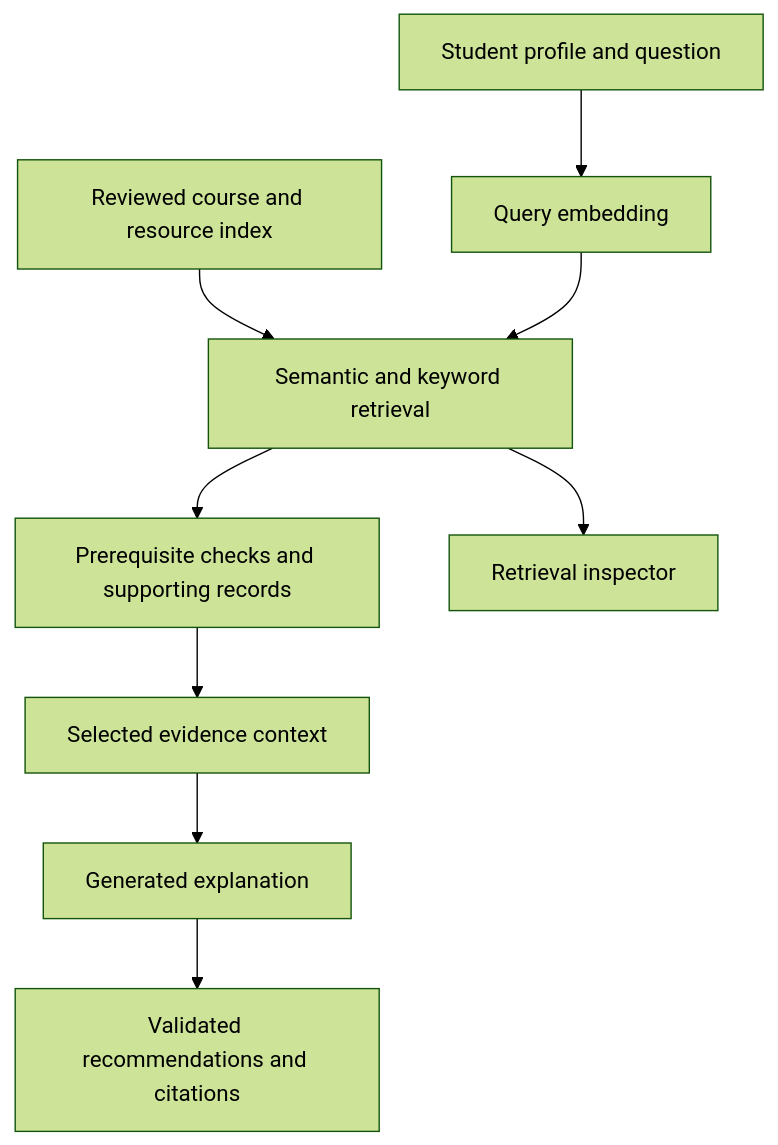
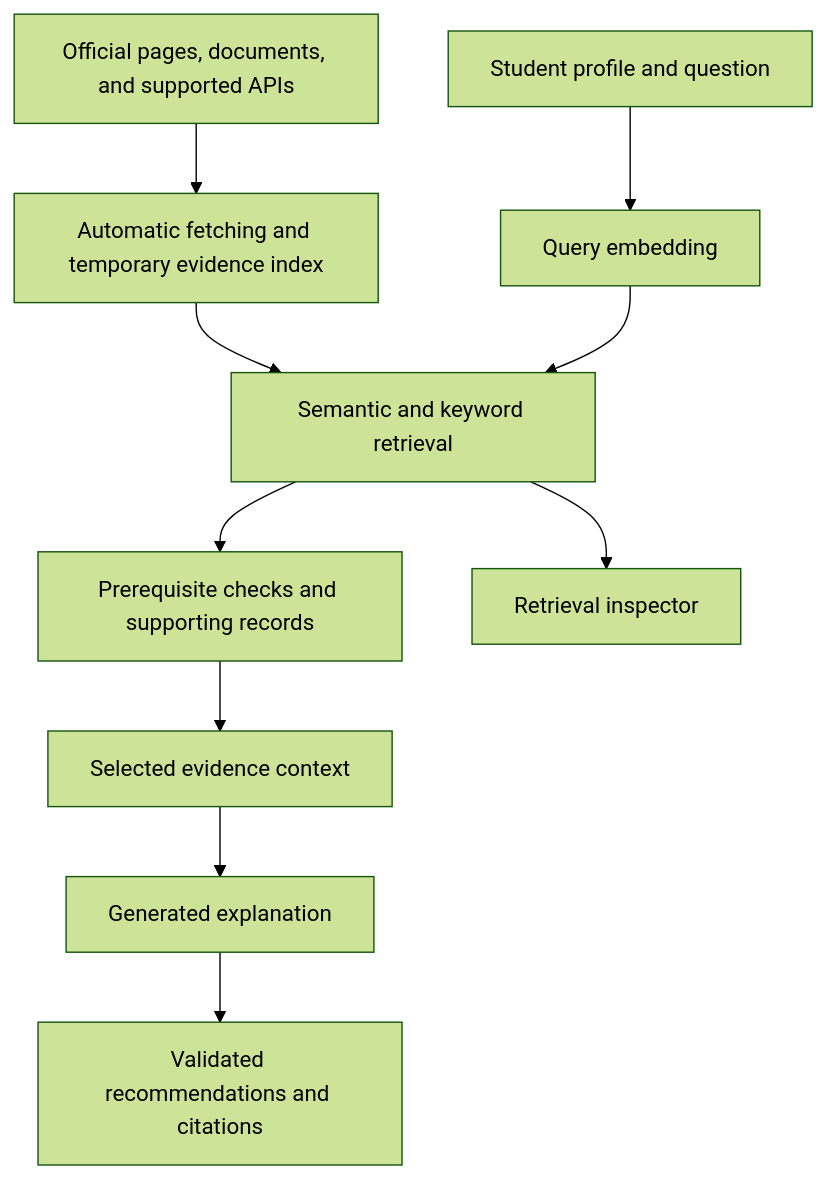
Before and after one commit to JSM-Shinkiro/ai-degree-planner: the diagram in docs/01_RAG_DESIGN.md, drawn with Mermaid (forest theme). The commit also changed other lines of this file and 7 other files, not shown here.

Commit message:
Require automatic source retrieval and clarify reference-only archives

````diff
--- a/docs/01_RAG_DESIGN.md
+++ b/docs/01_RAG_DESIGN.md
@@ -7,11 +9,12 @@
 ```mermaid
 flowchart TD
     A["Student profile and question"] --> B["Query embedding"]
-    C["Reviewed course and resource index"] --> D["Semantic and keyword retrieval"]
+    S["Official pages, documents, and supported APIs"] --> C["Automatic fetching and temporary evidence index"]
+    C --> D["Semantic and keyword retrieval"]
     B --> D
     D --> E["Prerequisite checks and supporting records"]
     E --> F["Selected evidence context"]
     F --> G["Generated explanation"]
     G --> H["Validated recommendations and citations"]
     D --> I["Retrieval inspector"]
 ```
````
